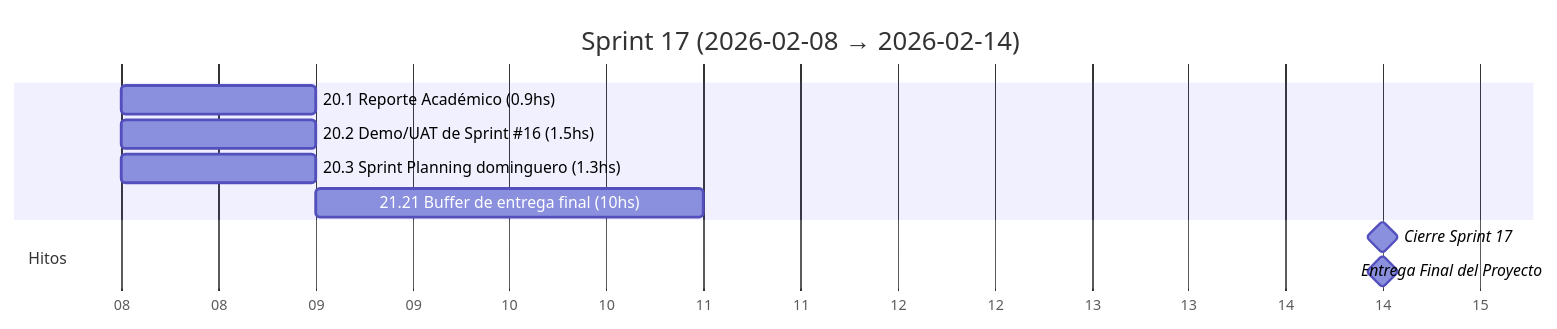
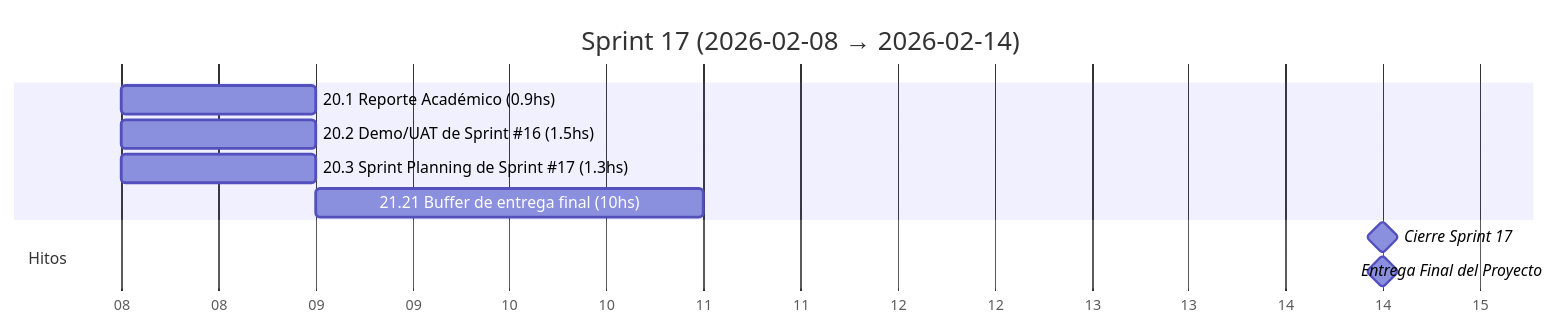
Before and after one commit to MarkMed/FleetMan: diagram 18 of 19 in docs/SprintsGantts.md, drawn with Mermaid. The commit also changed other lines of this file and 2 other files, not shown here.

Commit message:
feat: Update Sprint Planning references to include specific sprint numbers

````diff
--- a/docs/SprintsGantts.md
+++ b/docs/SprintsGantts.md
@@ -508,17 +508,17 @@
 ```mermaid
 gantt
   title Sprint 17 (2026-02-08 → 2026-02-14)
   dateFormat  YYYY-MM-DD
   axisFormat  %d
 
   %% Asumimos 5 h/día. Horas estimadas incluidas en el nombre.
 
   20.1 Reporte Académico (0.9hs)               :t201, 2026-02-08, 1d
   20.2 Demo/UAT de Sprint #16 (1.5hs)          :t202, 2026-02-08, 1d
-  20.3 Sprint Planning dominguero (1.3hs)      :t203, 2026-02-08, 1d
+  20.3 Sprint Planning de Sprint #17 (1.3hs)      :t203, 2026-02-08, 1d
   21.21 Buffer de entrega final (10hs)         :t2121, after t203, 2d
 
   section Hitos
   Cierre Sprint 17                             :milestone, s17, 2026-02-14, 1d
   Entrega Final del Proyecto                    :milestone, acadfinal, 2026-02-14, 1d
 ```
````
